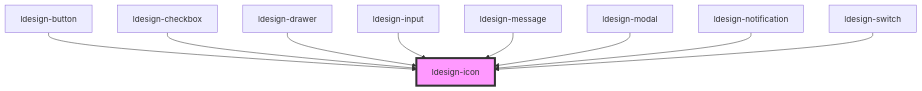
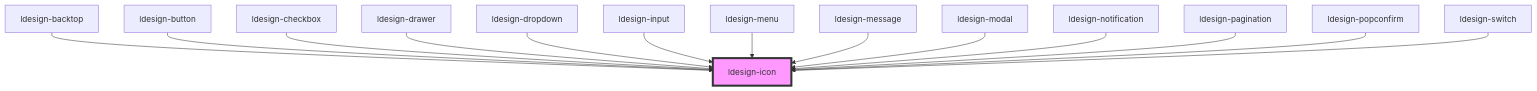
Before and after one commit to poly1603/ldesign: the diagram in packages/webcomponent/src/components/icon/readme.md, drawn with Mermaid. The commit also changed other lines of this file and 25 other files, not shown here.

First line of the commit message:
feat(components): 新增 Dropdown 和 Pagination 组件并完善相关文档

````diff
--- a/packages/webcomponent/src/components/icon/readme.md
+++ b/packages/webcomponent/src/components/icon/readme.md
@@ -38,12 +43,17 @@
 ```mermaid
 graph TD;
+  ldesign-backtop --> ldesign-icon
   ldesign-button --> ldesign-icon
   ldesign-checkbox --> ldesign-icon
   ldesign-drawer --> ldesign-icon
+  ldesign-dropdown --> ldesign-icon
   ldesign-input --> ldesign-icon
+  ldesign-menu --> ldesign-icon
   ldesign-message --> ldesign-icon
   ldesign-modal --> ldesign-icon
   ldesign-notification --> ldesign-icon
+  ldesign-pagination --> ldesign-icon
+  ldesign-popconfirm --> ldesign-icon
   ldesign-switch --> ldesign-icon
   style ldesign-icon fill:#f9f,stroke:#333,stroke-width:4px
 ```
````
